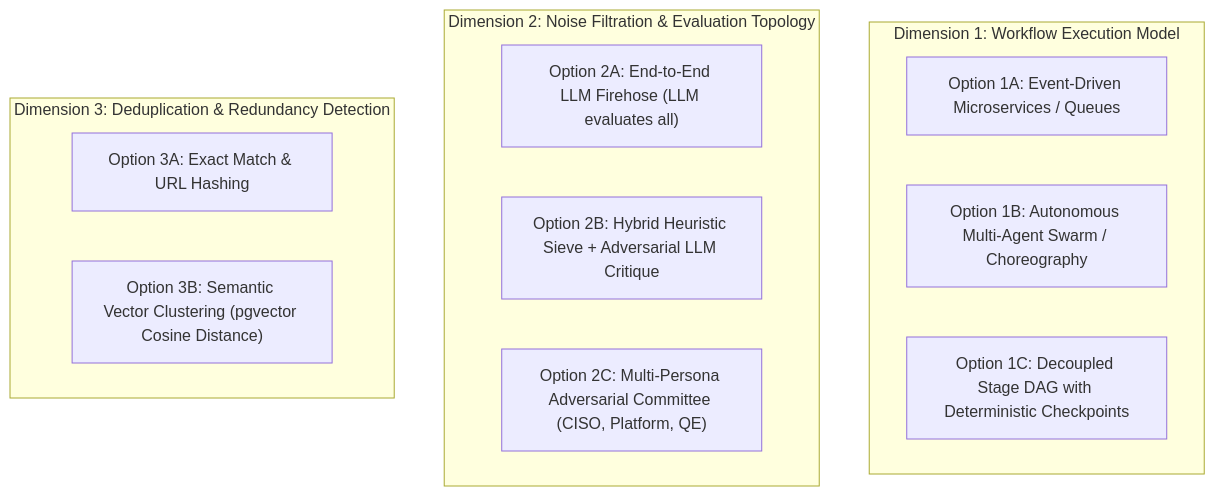
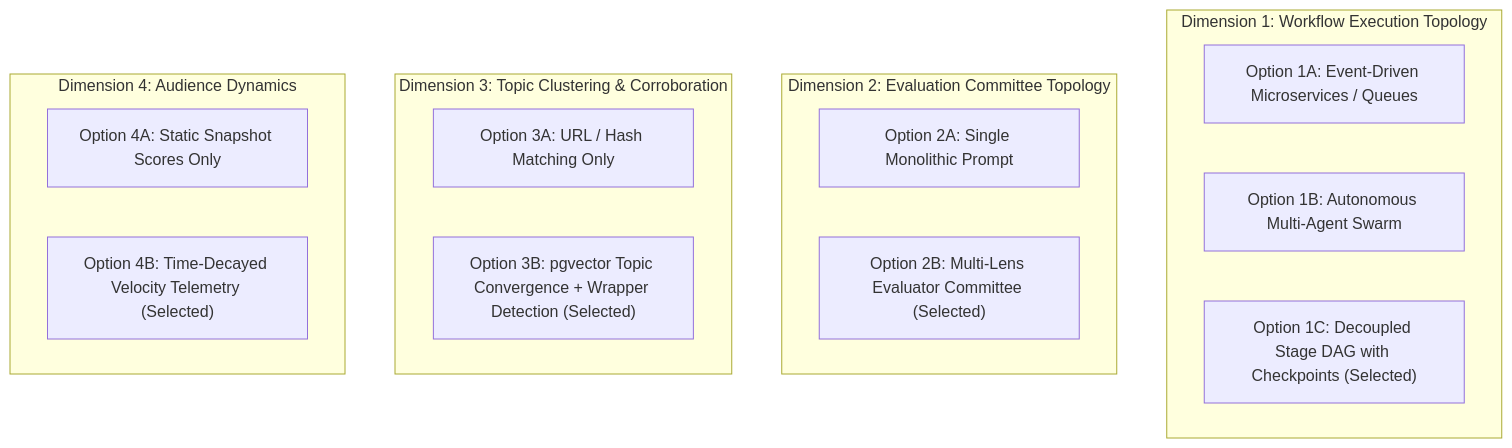
Before and after one commit to cdr74/trend_research: the first of 2 diagrams in docs/adr/0000-overall-system-architecture.md, drawn with Mermaid. The commit also changed other lines of this file and 19 other files, not shown here.

Commit message:
feat(architecture): generalize trend platform, add topic convergence and engagement velocity (Ref: ADR-0000, Backlog M1)

````diff
--- a/docs/adr/0000-overall-system-architecture.md
+++ b/docs/adr/0000-overall-system-architecture.md
@@ -31,19 +36,23 @@
 ```mermaid
 flowchart TD
-    subgraph D1 ["Dimension 1: Workflow Execution Model"]
+    subgraph D1 ["Dimension 1: Workflow Execution Topology"]
         M1["Option 1A: Event-Driven Microservices / Queues"]
-        M2["Option 1B: Autonomous Multi-Agent Swarm / Choreography"]
-        M3["Option 1C: Decoupled Stage DAG with Deterministic Checkpoints"]
+        M2["Option 1B: Autonomous Multi-Agent Swarm"]
+        M3["Option 1C: Decoupled Stage DAG with Checkpoints (Selected)"]
     end
 
-    subgraph D2 ["Dimension 2: Noise Filtration & Evaluation Topology"]
-        E1["Option 2A: End-to-End LLM Firehose (LLM evaluates all)"]
-        E2["Option 2B: Hybrid Heuristic Sieve + Adversarial LLM Critique"]
-        E3["Option 2C: Multi-Persona Adversarial Committee (CISO, Platform, QE)"]
+    subgraph D2 ["Dimension 2: Evaluation Committee Topology"]
+        E1["Option 2A: Single Monolithic Prompt"]
+        E2["Option 2B: Multi-Lens Evaluator Committee (Selected)"]
     end
 
-    subgraph D3 ["Dimension 3: Deduplication & Redundancy Detection"]
-        S1["Option 3A: Exact Match & URL Hashing"]
-        S2["Option 3B: Semantic Vector Clustering (pgvector Cosine Distance)"]
+    subgraph D3 ["Dimension 3: Topic Clustering & Corroboration"]
+        C1["Option 3A: URL / Hash Matching Only"]
+        C2["Option 3B: pgvector Topic Convergence + Wrapper Detection (Selected)"]
+    end
+
+    subgraph D4 ["Dimension 4: Audience Dynamics"]
+        T1["Option 4A: Static Snapshot Scores Only"]
+        T2["Option 4B: Time-Decayed Velocity Telemetry (Selected)"]
     end
 ```
````
